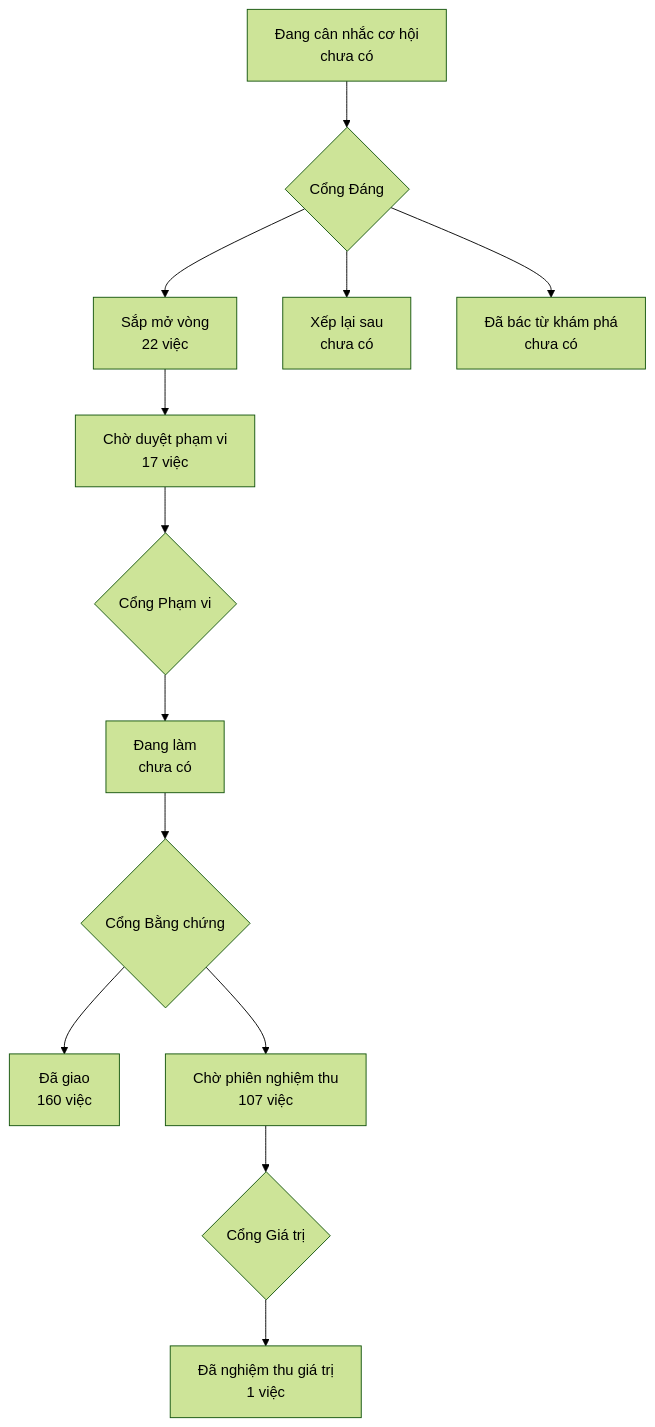
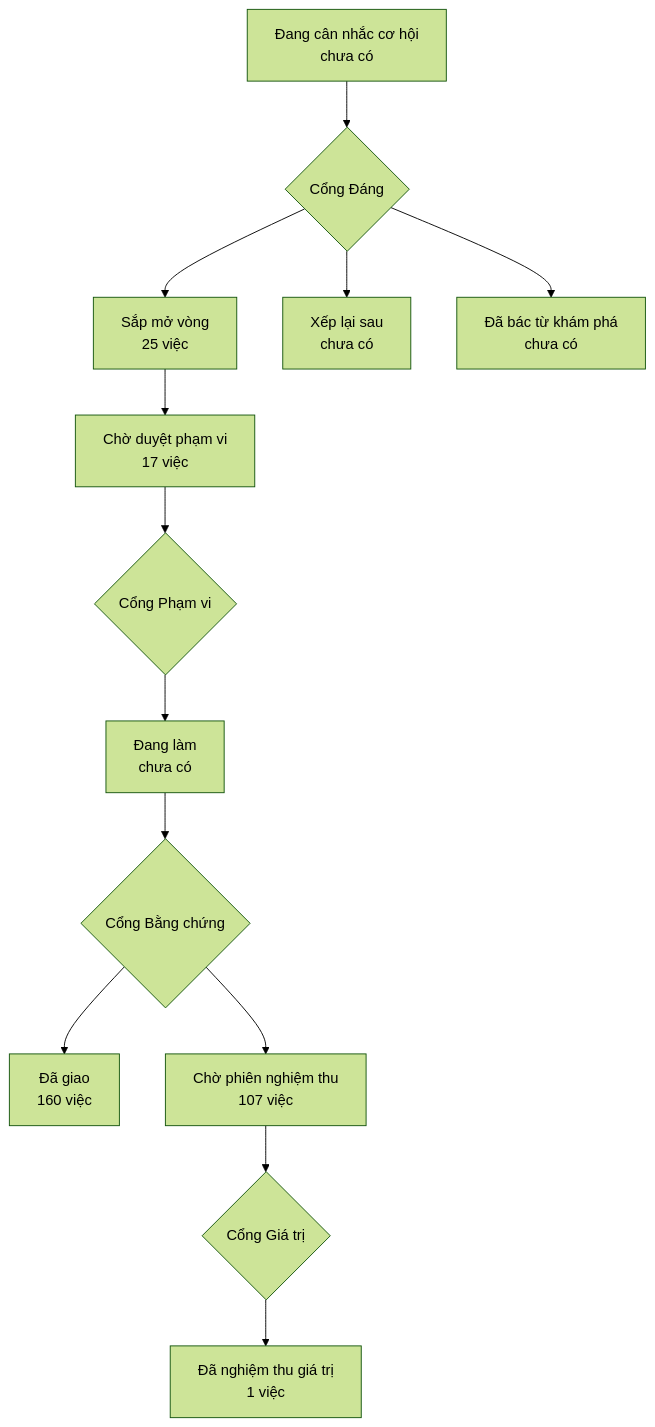
Before and after one commit to phanlemanh/onehub-invest: the diagram in PRODUCT-MAP.md, drawn with Mermaid (forest theme). The commit also changed other lines of this file and 4 other files, not shown here.

````diff
--- a/PRODUCT-MAP.md
+++ b/PRODUCT-MAP.md
@@ -7,12 +7,12 @@
 ```mermaid
 flowchart TD
   A["Đang cân nhắc cơ hội<br/>chưa có"] --> GD{"Cổng Đáng"}
-  GD --> B["Sắp mở vòng<br/>22 việc"]
+  GD --> B["Sắp mở vòng<br/>25 việc"]
   GD --> XL["Xếp lại sau<br/>chưa có"]
   GD --> DB["Đã bác từ khám phá<br/>chưa có"]
   B --> CD["Chờ duyệt phạm vi<br/>17 việc"] --> GP{"Cổng Phạm vi"}
   GP --> DL["Đang làm<br/>chưa có"] --> GB{"Cổng Bằng chứng"}
   GB --> DG["Đã giao<br/>160 việc"]
   GB --> CN["Chờ phiên nghiệm thu<br/>107 việc"] --> GG{"Cổng Giá trị"}
   GG --> NT["Đã nghiệm thu giá trị<br/>1 việc"]
 ```
````
